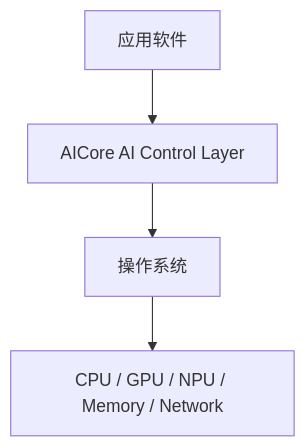
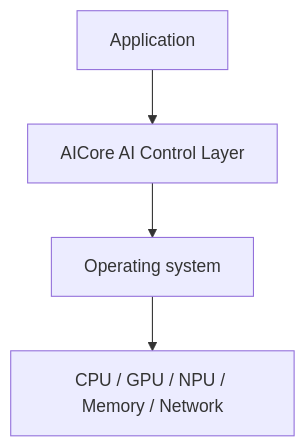
One commit to 7-hello007/AICore changed the first of 15 diagrams in destination.md. Above: the diagram before and after it, drawn with Mermaid. The commit also changed other lines of this file and 482 other files, not shown here.

````diff
--- a/destination.md
+++ b/destination.md
@@ -16,6 +16,6 @@
 ```mermaid
 flowchart TD
-    A[应用软件] --> B[AICore AI Control Layer]
-    B --> C[操作系统]
+    A[Application] --> B[AICore AI Control Layer]
+    B --> C[Operating system]
     C --> D[CPU / GPU / NPU / Memory / Network]
 ```
````
